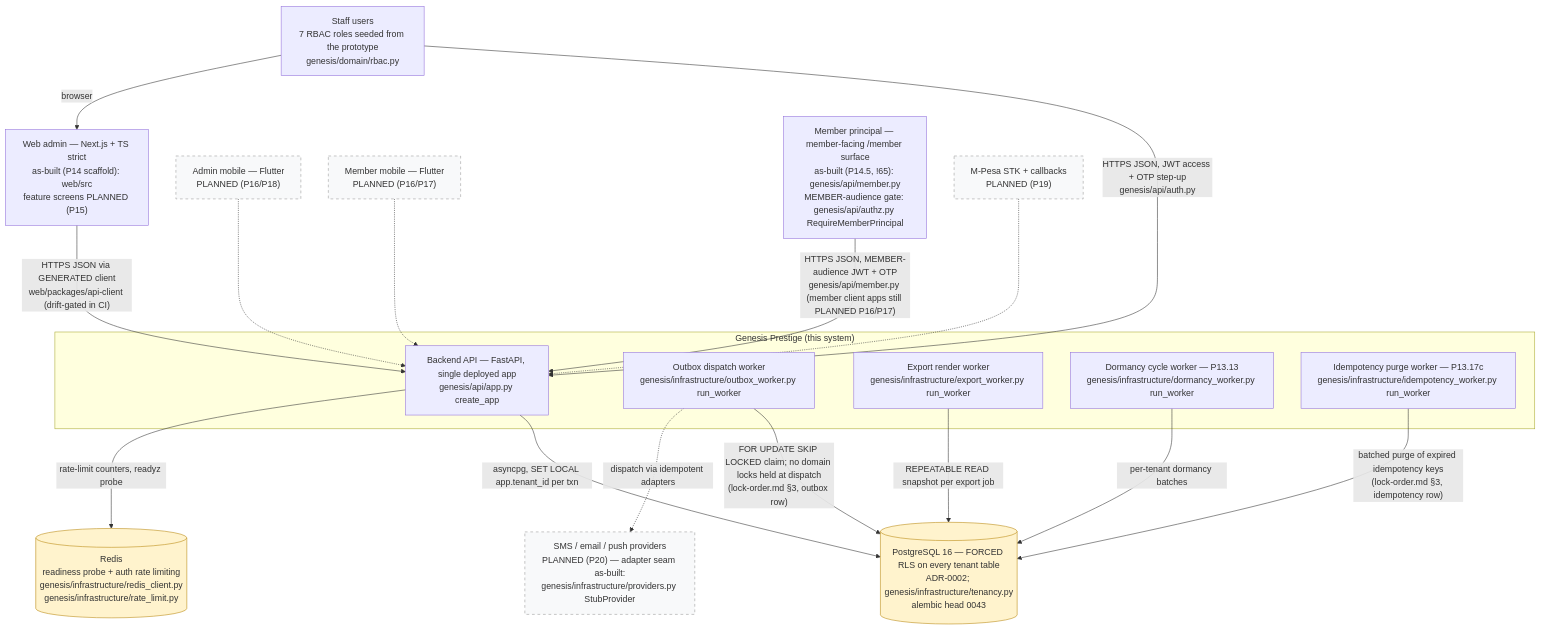
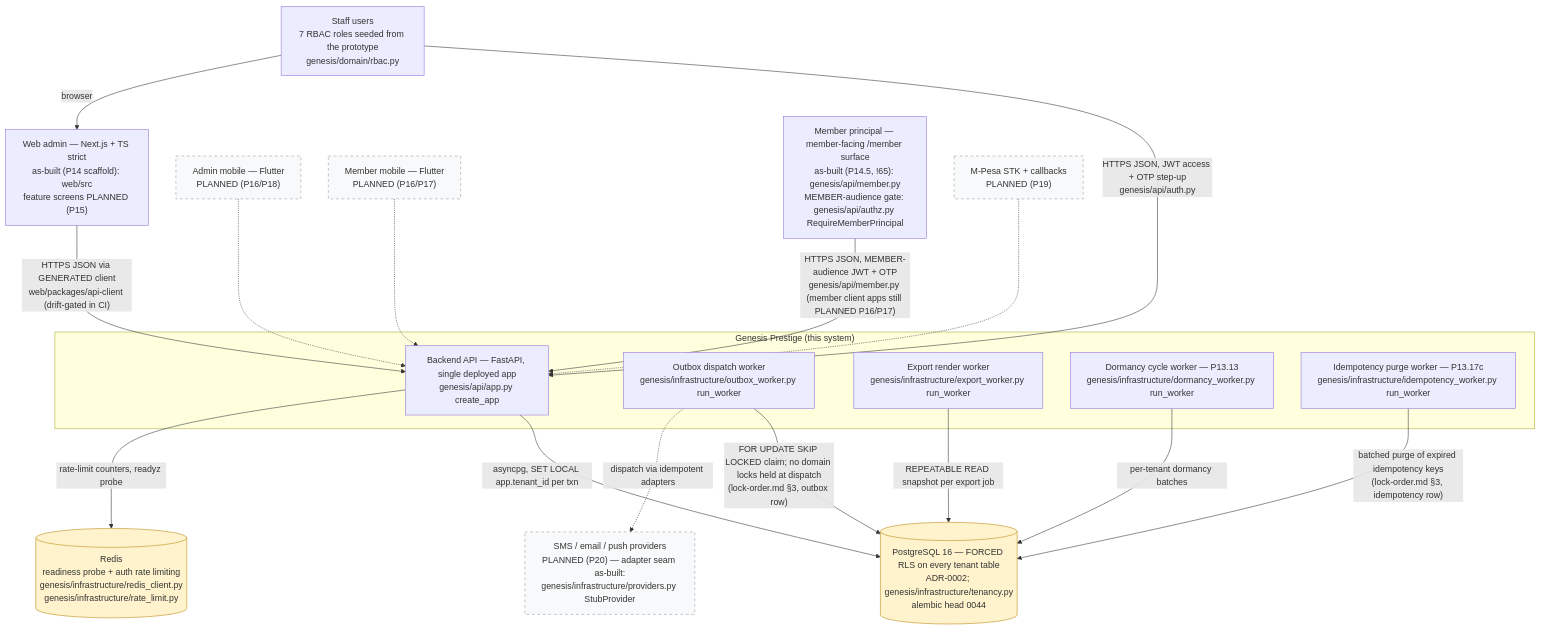
The diagram in docs/diagrams/c4-context.md (Benson-Kim/genesis-sacco), drawn with Mermaid before and after one commit. The commit also changed other lines of this file and 2 other files, not shown here.

First line of the commit message:
remediate: unquote validator annotation; refresh C4 head citations to 0044

````diff
--- a/docs/diagrams/c4-context.md
+++ b/docs/diagrams/c4-context.md
@@ -69,46 +75,46 @@
 ```mermaid
 flowchart TB
     %% Authored against main @ 08541b860f1445b16c342c39b6606d86b9dbeb17
     %% L1 context — as-built boxes cite genesis modules; dashed = PLANNED (Pn).
 
     STAFF["Staff users<br/>7 RBAC roles seeded from the prototype<br/>genesis/domain/rbac.py"]
 
     subgraph SYS["Genesis Prestige (this system)"]
         API["Backend API — FastAPI, single deployed app<br/>genesis/api/app.py create_app"]
         OBW["Outbox dispatch worker<br/>genesis/infrastructure/outbox_worker.py run_worker"]
         EXW["Export render worker<br/>genesis/infrastructure/export_worker.py run_worker"]
         DMW["Dormancy cycle worker — P13.13<br/>genesis/infrastructure/dormancy_worker.py run_worker"]
         IDW["Idempotency purge worker — P13.17c<br/>genesis/infrastructure/idempotency_worker.py run_worker"]
     end
 
-    PG[("PostgreSQL 16 — FORCED RLS on every tenant table<br/>ADR-0002; genesis/infrastructure/tenancy.py<br/>alembic head 0043")]
+    PG[("PostgreSQL 16 — FORCED RLS on every tenant table<br/>ADR-0002; genesis/infrastructure/tenancy.py<br/>alembic head 0044")]
     RD[("Redis<br/>readiness probe + auth rate limiting<br/>genesis/infrastructure/redis_client.py<br/>genesis/infrastructure/rate_limit.py")]
 
     WEB["Web admin — Next.js + TS strict<br/>as-built (P14 scaffold): web/src<br/>feature screens PLANNED (P15)"]
     ADM["Admin mobile — Flutter<br/>PLANNED (P16/P18)"]
     MEM["Member mobile — Flutter<br/>PLANNED (P16/P17)"]
     MPR["Member principal — member-facing /member surface<br/>as-built (P14.5, !65): genesis/api/member.py<br/>MEMBER-audience gate: genesis/api/authz.py RequireMemberPrincipal"]
     MPESA["M-Pesa STK + callbacks<br/>PLANNED (P19)"]
     PROV["SMS / email / push providers<br/>PLANNED (P20) — adapter seam as-built:<br/>genesis/infrastructure/providers.py StubProvider"]
 
     STAFF -->|"HTTPS JSON, JWT access + OTP step-up<br/>genesis/api/auth.py"| API
     API -->|"asyncpg, SET LOCAL app.tenant_id per txn"| PG
     API -->|"rate-limit counters, readyz probe"| RD
     OBW -->|"FOR UPDATE SKIP LOCKED claim; no domain locks held at dispatch<br/>(lock-order.md §3, outbox row)"| PG
     EXW -->|"REPEATABLE READ snapshot per export job"| PG
     DMW -->|"per-tenant dormancy batches"| PG
     IDW -->|"batched purge of expired idempotency keys<br/>(lock-order.md §3, idempotency row)"| PG
     OBW -.->|"dispatch via idempotent adapters"| PROV
 
     STAFF -->|"browser"| WEB
     WEB -->|"HTTPS JSON via GENERATED client<br/>web/packages/api-client (drift-gated in CI)"| API
     ADM -.-> API
     MEM -.-> API
     MPR -->|"HTTPS JSON, MEMBER-audience JWT + OTP<br/>genesis/api/member.py (member client apps still PLANNED P16/P17)"| API
     MPESA -.-> API
 
     classDef planned fill:#f8f9fa,stroke:#999,stroke-dasharray: 5 5;
     class ADM,MEM,MPESA,PROV planned;
     classDef store fill:#fff3cd,stroke:#b8860b;
     class PG,RD store;
 ```
````
